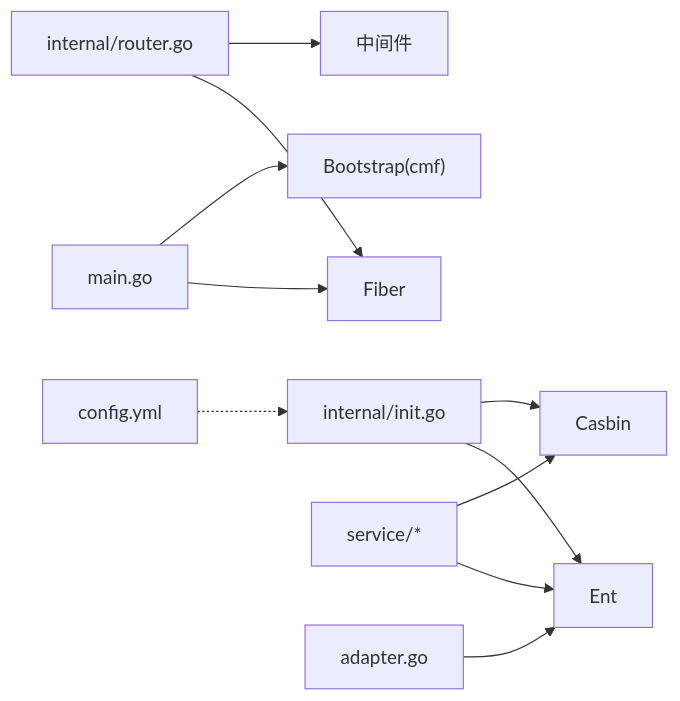
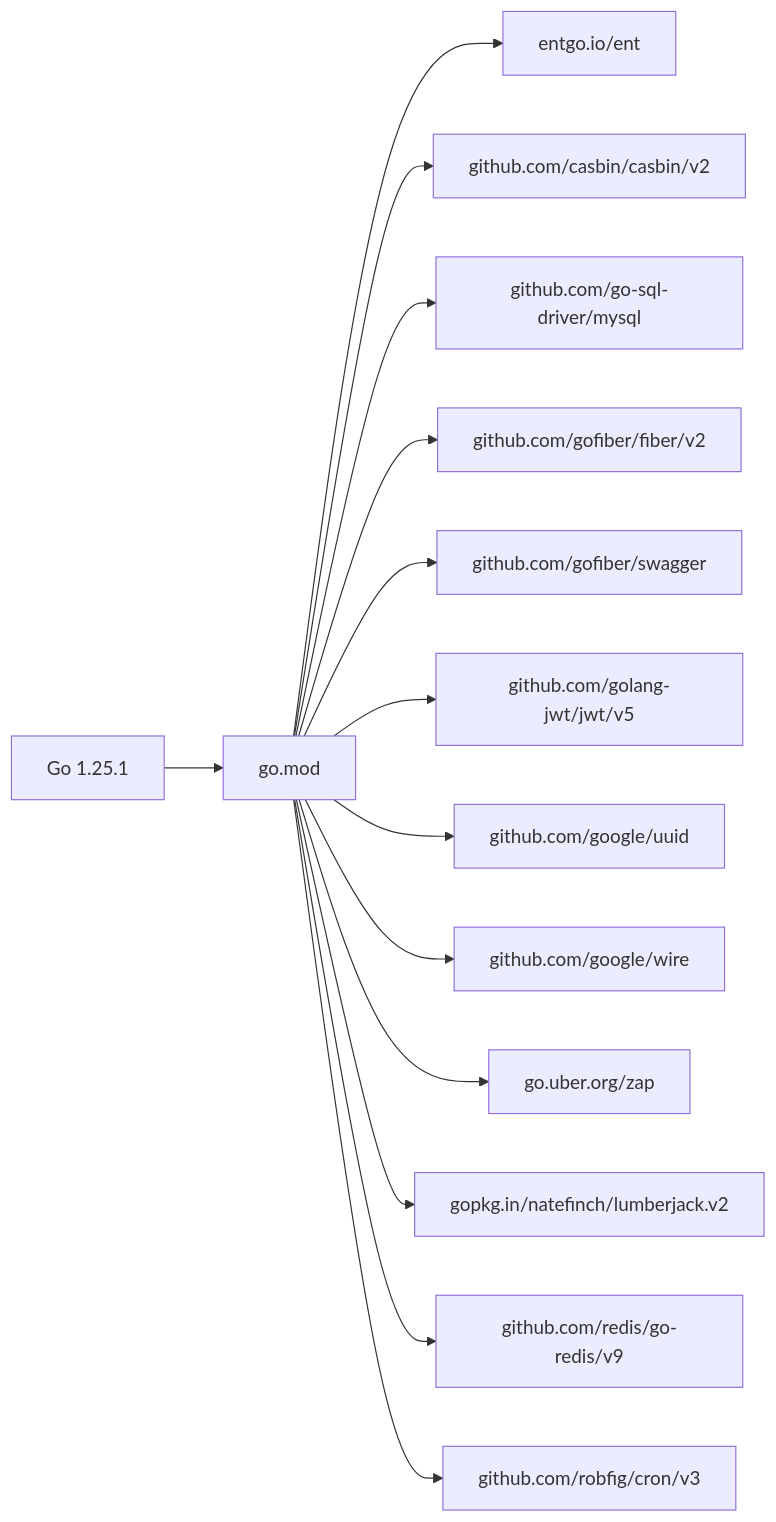
Before and after one commit to wuwuseo/e-sports-go-admin: the seventh of 7 diagrams in .qoder/repowiki/zh/content/开发指南/开发指南.md, drawn with Mermaid. The commit also changed other lines of this file and 141 other files, not shown here.

````diff
--- a/.qoder/repowiki/zh/content/开发指南/开发指南.md
+++ b/.qoder/repowiki/zh/content/开发指南/开发指南.md
@@ -268,13 +285,16 @@
 ```mermaid
 graph LR
-M["main.go"] --> F["Fiber"]
-M --> B["Bootstrap(cmf)"]
-I["internal/init.go"] --> E["Ent"]
-I --> C["Casbin"]
-R["internal/router.go"] --> F
-R --> MW["中间件"]
-S["service/*"] --> E
-S --> C
-A["adapter.go"] --> E
-CFG["config.yml"] -.-> I
+GO["Go 1.25.1"] --> MOD["go.mod"]
+MOD --> ENT["entgo.io/ent"]
+MOD --> CASBIN["github.com/casbin/casbin/v2"]
+MOD --> MYSQL["github.com/go-sql-driver/mysql"]
+MOD --> FIBER["github.com/gofiber/fiber/v2"]
+MOD --> SWAGGER["github.com/gofiber/swagger"]
+MOD --> JWT["github.com/golang-jwt/jwt/v5"]
+MOD --> UUID["github.com/google/uuid"]
+MOD --> WIRE["github.com/google/wire"]
+MOD --> ZAP["go.uber.org/zap"]
+MOD --> LUMBER["gopkg.in/natefinch/lumberjack.v2"]
+MOD --> REDIS["github.com/redis/go-redis/v9"]
+MOD --> CRON["github.com/robfig/cron/v3"]
 ```
````
